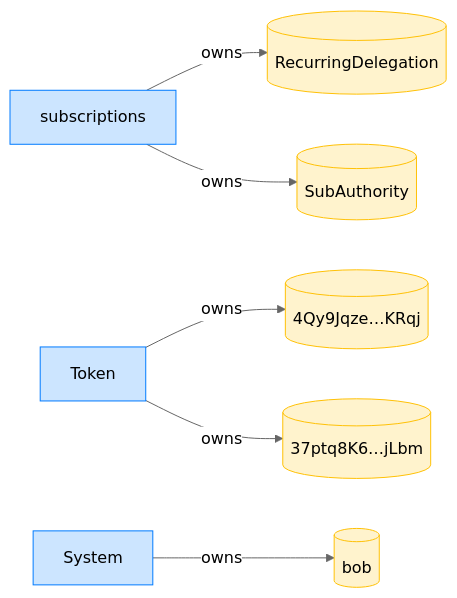
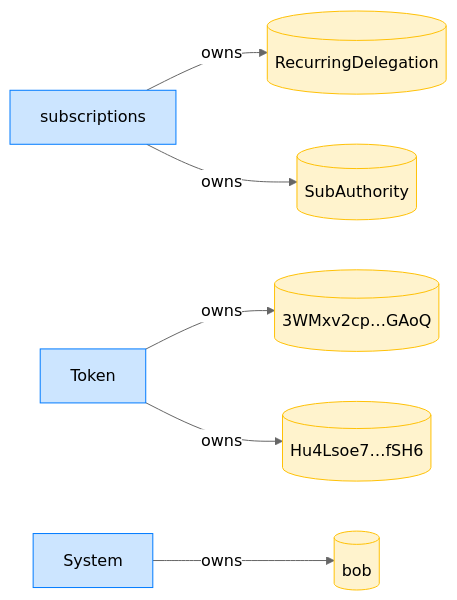
Diagram 12 of 12 in dsl_tests/recurring-transfer-to-a-third-party.md (cds-rs/subscriptions), drawn with Mermaid (neutral theme) before and after one commit. The commit also changed other lines of this file and 224 other files, not shown here.

````diff
--- a/dsl_tests/recurring-transfer-to-a-third-party.md
+++ b/dsl_tests/recurring-transfer-to-a-third-party.md
@@ -235,18 +249,18 @@
 ```mermaid
 flowchart LR
     classDef owner fill:#cce5ff,stroke:#007bff;
     classDef account fill:#fff3cd,stroke:#ffc107;
     subscriptions[subscriptions]:::owner
     RecurringDelegation[(RecurringDelegation)]:::account
     SubAuthority[(SubAuthority)]:::account
     Token[Token]:::owner
-    4Qy9Jqze_KRqj[("4Qy9Jqze…KRqj")]:::account
-    37ptq8K6_jLbm[("37ptq8K6…jLbm")]:::account
+    3WMxv2cp_GAoQ[("3WMxv2cp…GAoQ")]:::account
+    Hu4Lsoe7_fSH6[("Hu4Lsoe7…fSH6")]:::account
     System[System]:::owner
     bob[(bob)]:::account
     subscriptions -->|owns| RecurringDelegation
     subscriptions -->|owns| SubAuthority
-    Token -->|owns| 4Qy9Jqze_KRqj
-    Token -->|owns| 37ptq8K6_jLbm
+    Token -->|owns| 3WMxv2cp_GAoQ
+    Token -->|owns| Hu4Lsoe7_fSH6
     System -->|owns| bob
 ```
````
